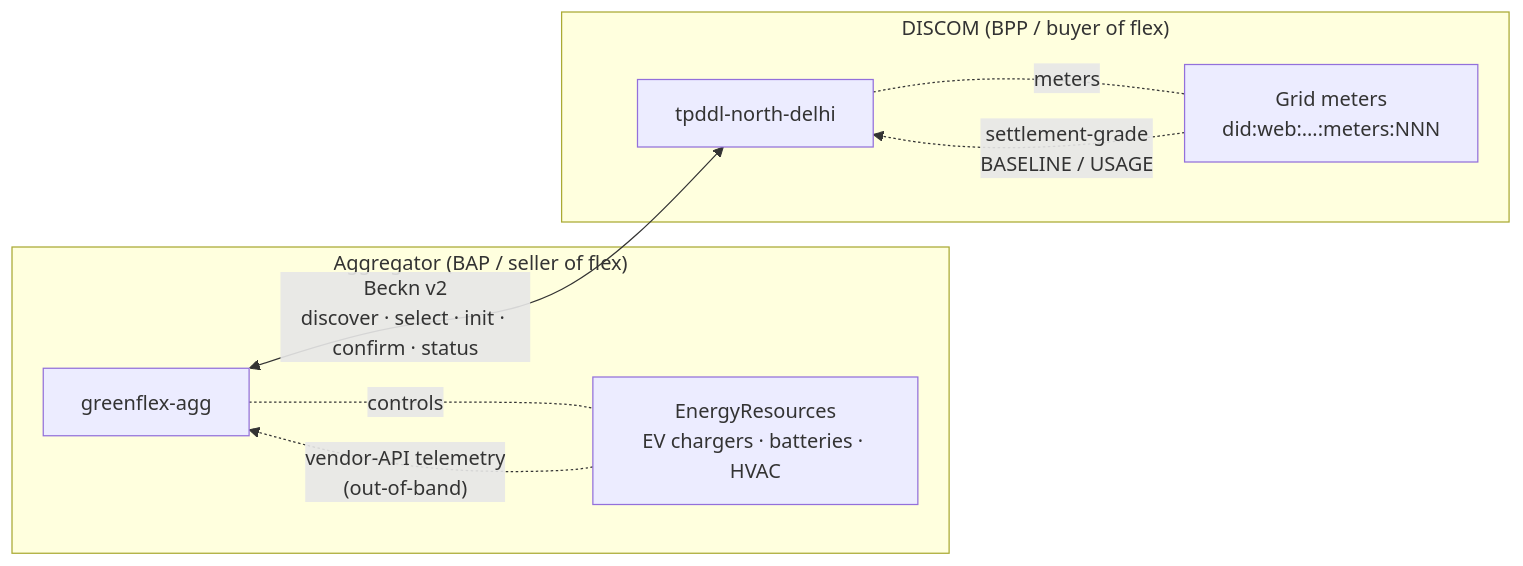
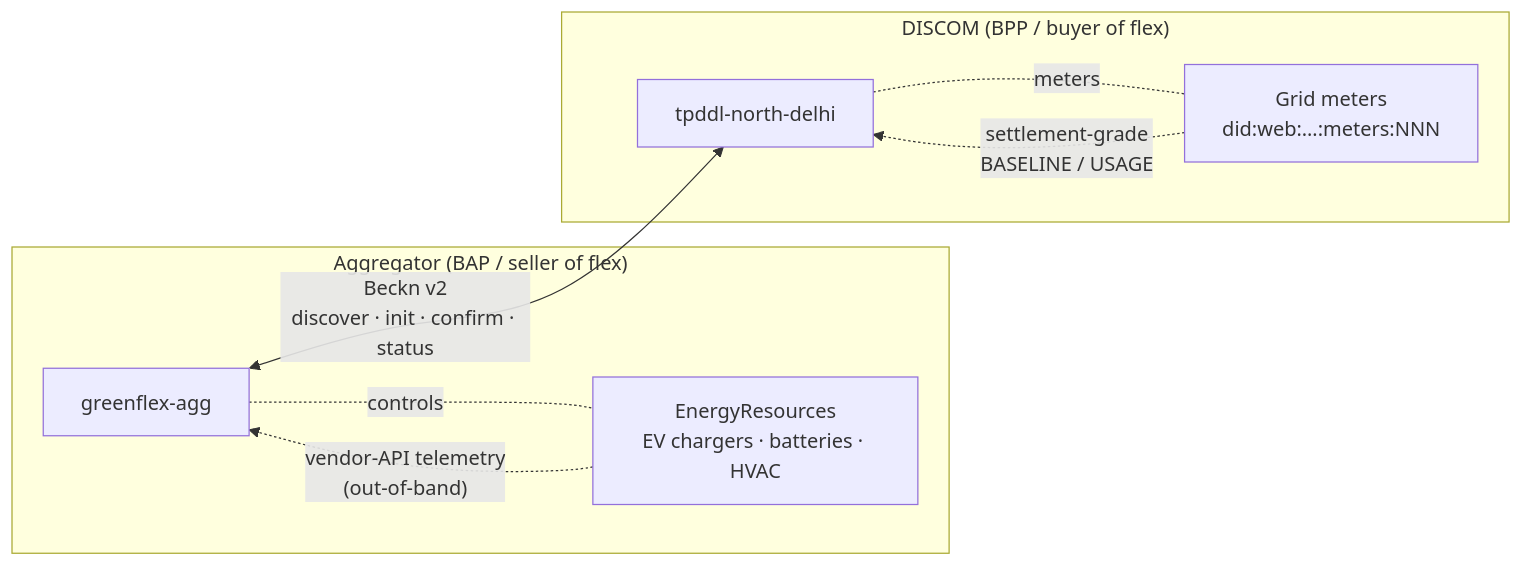
One commit to India-Energy-Stack/ies-accelerator changed the first of 2 diagrams in use-cases/demand-flex/README.md. Above: the diagram before and after it, drawn with Mermaid. The commit also changed other lines of this file, not shown here.

````diff
--- a/use-cases/demand-flex/README.md
+++ b/use-cases/demand-flex/README.md
@@ -54,16 +54,16 @@
 ```mermaid
 flowchart LR
   subgraph Aggregator["Aggregator (BAP / seller of flex)"]
     AGG["greenflex-agg"]
     ER["EnergyResources<br/>EV chargers · batteries · HVAC"]
     AGG -.controls.- ER
   end
   subgraph Utility["DISCOM (BPP / buyer of flex)"]
     DISCOM["tpddl-north-delhi"]
     M["Grid meters<br/>did:web:…:meters:NNN"]
     DISCOM -.meters.- M
   end
-  AGG <-- "Beckn v2<br/>discover · select · init · confirm · status" --> DISCOM
+  AGG <-- "Beckn v2<br/>discover · init · confirm · status" --> DISCOM
   ER -. "vendor-API telemetry<br/>(out-of-band)" .-> AGG
   M -. "settlement-grade<br/>BASELINE / USAGE" .-> DISCOM
 ```
````
